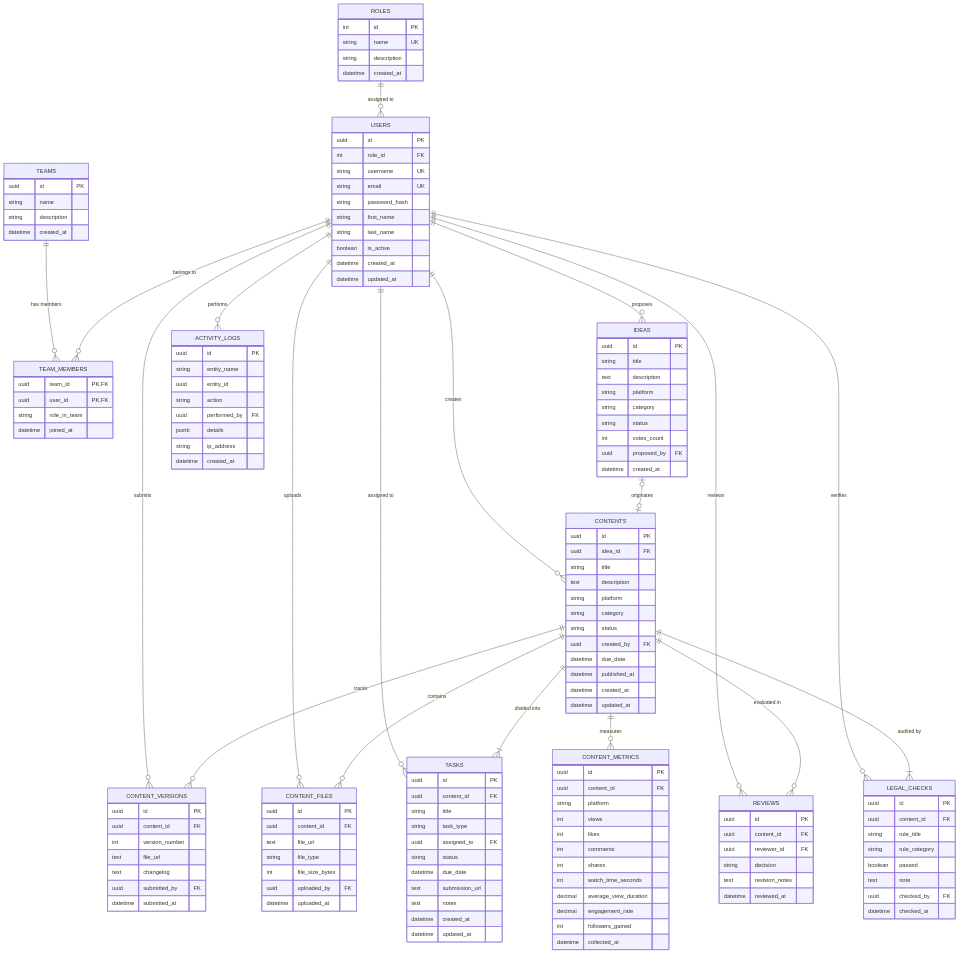
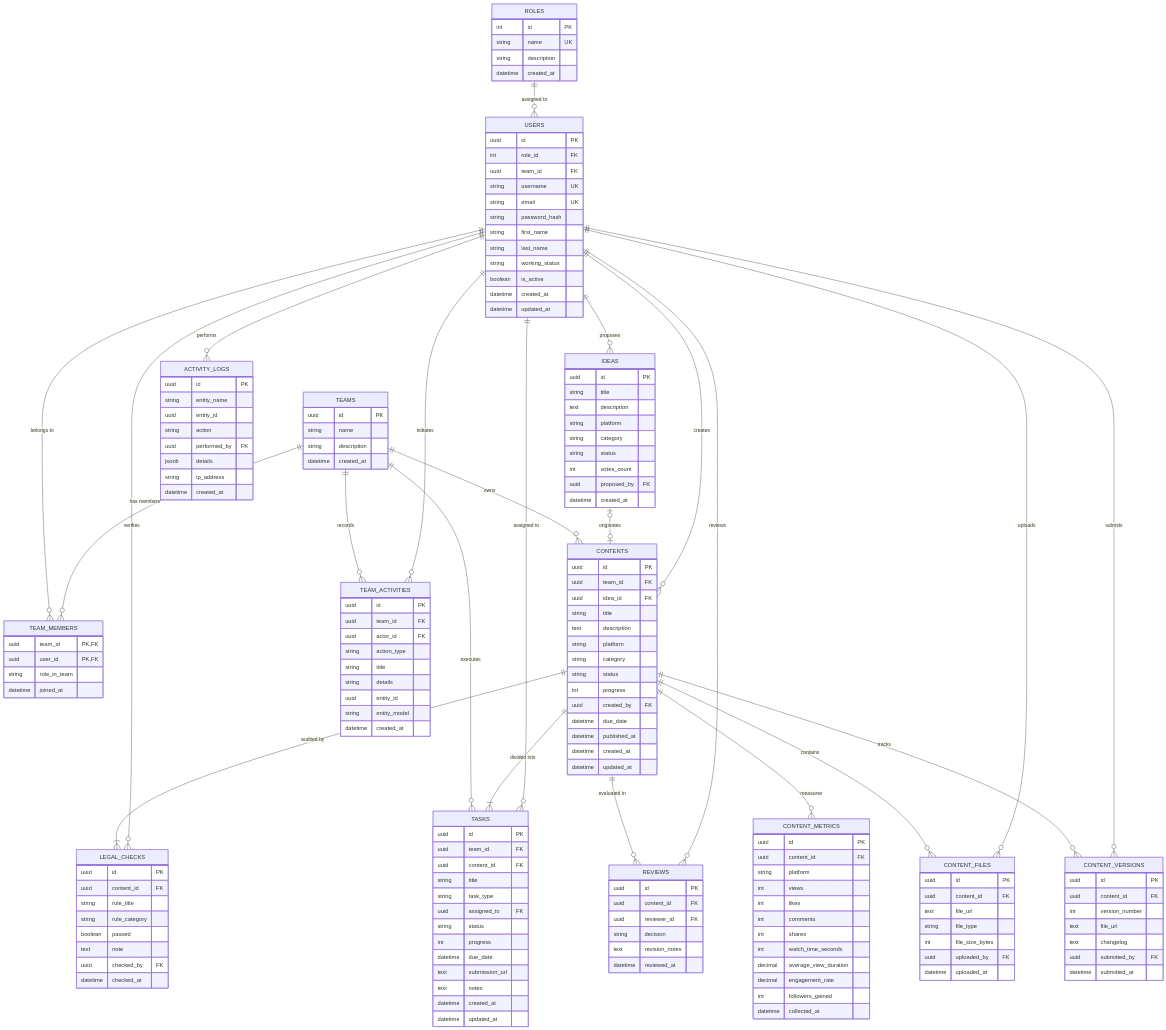
One commit to Starlight142/Content-Management-System changed the diagram in docs/academic/06-Entity-Relationship-Diagram.md. Above: the diagram before and after it, drawn with Mermaid. The commit also changed 29 other files, not shown here.

Commit message:
feat(team-workspace): implement team-based workspace, zero-mock MongoDB integration, and academic UML synchronization

```diff
--- a/docs/academic/06-Entity-Relationship-Diagram.md
+++ b/docs/academic/06-Entity-Relationship-Diagram.md
@@ -11,6 +11,10 @@
     ROLES ||--o{ USERS : "assigned to"
     USERS ||--o{ TEAM_MEMBERS : "belongs to"
     TEAMS ||--o{ TEAM_MEMBERS : "has members"
+    TEAMS ||--o{ CONTENTS : "owns"
+    TEAMS ||--o{ TASKS : "executes"
+    TEAMS ||--o{ TEAM_ACTIVITIES : "records"
+    USERS ||--o{ TEAM_ACTIVITIES : "initiates"
     
     USERS ||--o{ IDEAS : "proposes"
     IDEAS |o--o| CONTENTS : "originates"
@@ -45,11 +49,13 @@
     USERS {
         uuid id PK
         int role_id FK
+        uuid team_id FK
         string username UK
         string email UK
         string password_hash
         string first_name
         string last_name
+        string working_status
         boolean is_active
         datetime created_at
         datetime updated_at
@@ -69,6 +75,18 @@
         datetime joined_at
     }
 
+    TEAM_ACTIVITIES {
+        uuid id PK
+        uuid team_id FK
+        uuid actor_id FK
+        string action_type
+        string title
+        string details
+        uuid entity_id
+        string entity_model
+        datetime created_at
+    }
+
     IDEAS {
         uuid id PK
         string title
@@ -83,12 +101,14 @@
 
     CONTENTS {
         uuid id PK
+        uuid team_id FK
         uuid idea_id FK
         string title
         text description
         string platform
         string category
         string status
+        int progress
         uuid created_by FK
         datetime due_date
         datetime published_at
@@ -118,11 +138,13 @@
 
     TASKS {
         uuid id PK
+        uuid team_id FK
         uuid content_id FK
         string title
         string task_type
         uuid assigned_to FK
         string status
+        int progress
         datetime due_date
         text submission_url
         text notes
```
